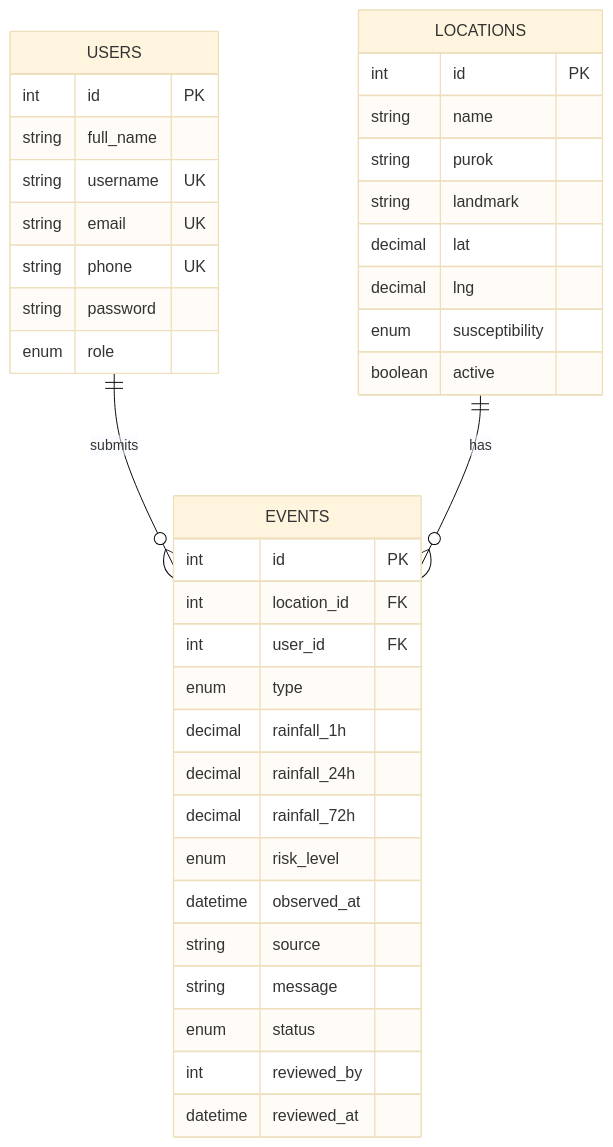
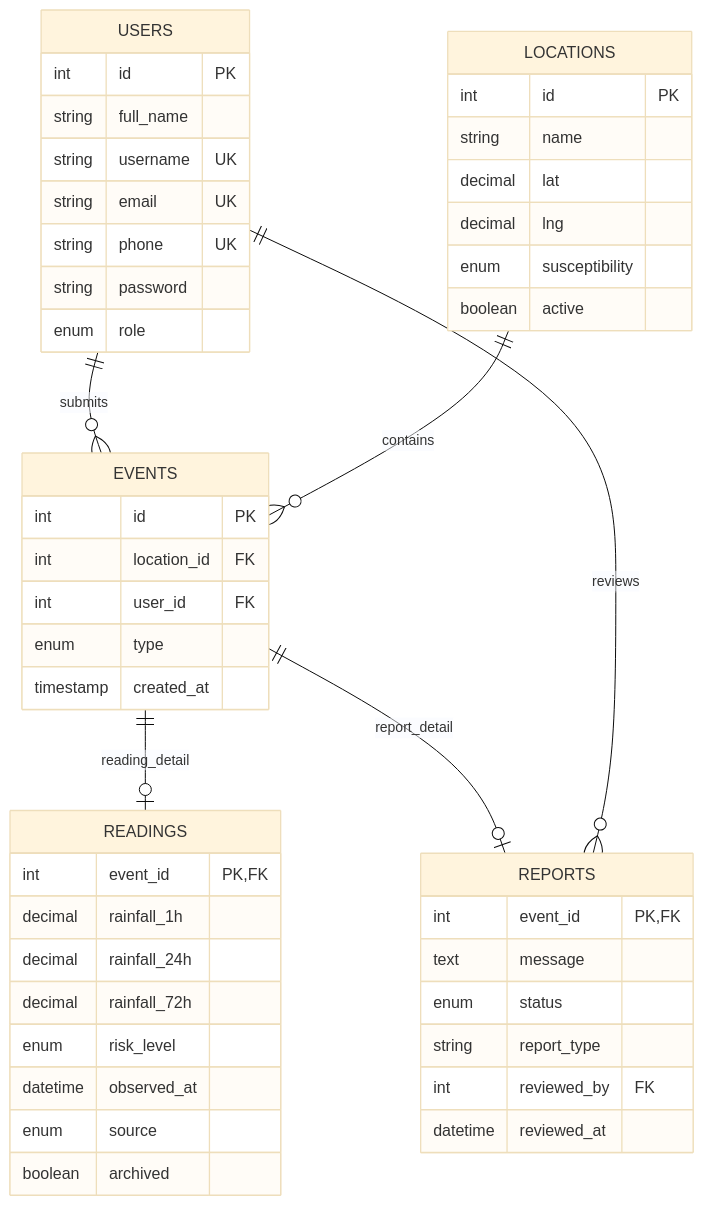
One commit to macJil/smartslope changed the diagram in docs/database.md. Above: the diagram before and after it, drawn with Mermaid (base theme). The commit also changed other lines of this file, not shown here.

Commit message:
Align docs/database.md with normalized f1 schema and verification

````diff
--- a/docs/database.md
+++ b/docs/database.md
@@ -7,40 +7,50 @@
 ```mermaid
 erDiagram
     USERS ||--o{ EVENTS : submits
-    LOCATIONS ||--o{ EVENTS : has
+    LOCATIONS ||--o{ EVENTS : contains
+    EVENTS ||--o| READINGS : reading_detail
+    EVENTS ||--o| REPORTS : report_detail
+    USERS ||--o{ REPORTS : reviews
     USERS {
         int id PK
         string full_name
         string username UK
         string email UK
         string phone UK
         string password
         enum role
     }
     LOCATIONS {
         int id PK
         string name
-        string purok
-        string landmark
         decimal lat
         decimal lng
         enum susceptibility
         boolean active
     }
     EVENTS {
         int id PK
         int location_id FK
         int user_id FK
         enum type
+        timestamp created_at
+    }
+    READINGS {
+        int event_id PK, FK
         decimal rainfall_1h
         decimal rainfall_24h
         decimal rainfall_72h
         enum risk_level
         datetime observed_at
-        string source
-        string message
+        enum source
+        boolean archived
+    }
+    REPORTS {
+        int event_id PK, FK
+        text message
         enum status
-        int reviewed_by
+        string report_type
+        int reviewed_by FK
         datetime reviewed_at
     }
 ```
````
